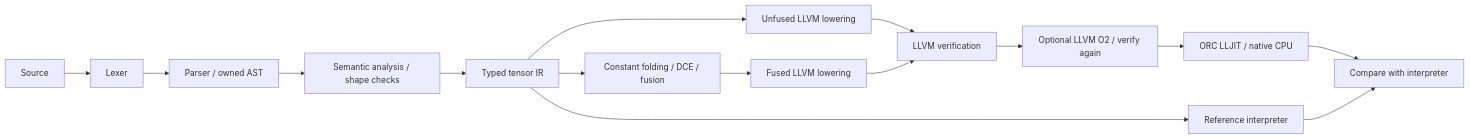
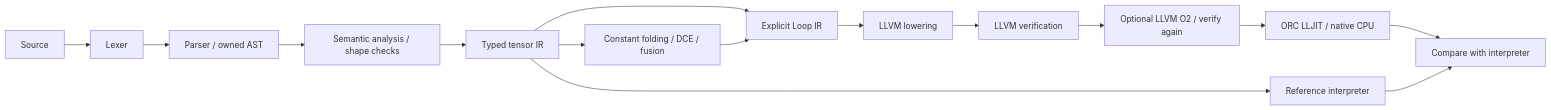
One commit to ratatall/TensorForge changed the diagram in README.md. Above: the diagram before and after it, drawn with Mermaid. The commit also changed other lines of this file and 20 other files, not shown here.

````diff
--- a/README.md
+++ b/README.md
@@ -35,17 +36,17 @@
 ```mermaid
 flowchart LR
     S[Source] --> L[Lexer]
     L --> P[Parser / owned AST]
     P --> A[Semantic analysis / shape checks]
     A --> I[Typed tensor IR]
     I --> R[Reference interpreter]
     I --> O[Constant folding / DCE / fusion]
-    I --> U[Unfused LLVM lowering]
-    O --> F[Fused LLVM lowering]
+    I --> LI[Explicit Loop IR]
+    O --> LI
+    LI --> U[LLVM lowering]
     U --> V[LLVM verification]
-    F --> V
     V --> M[Optional LLVM O2 / verify again]
     M --> J[ORC LLJIT / native CPU]
     J --> C[Compare with interpreter]
     R --> C
 ```
````
